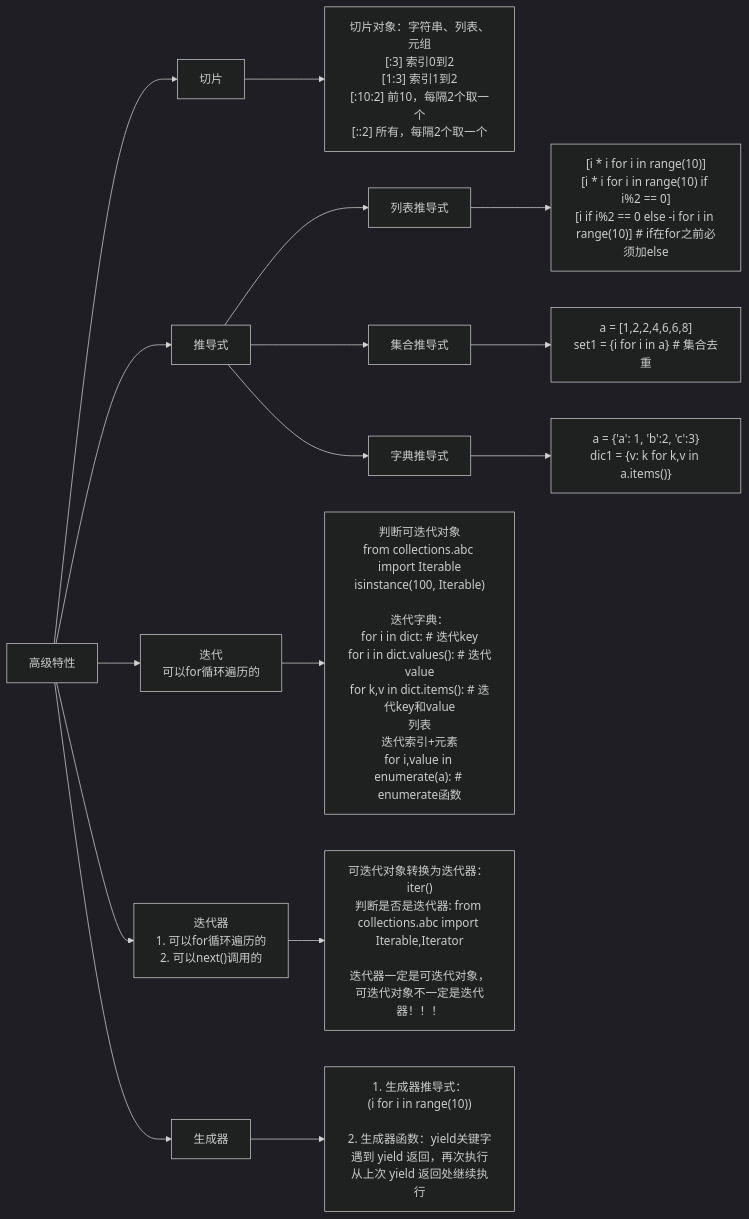
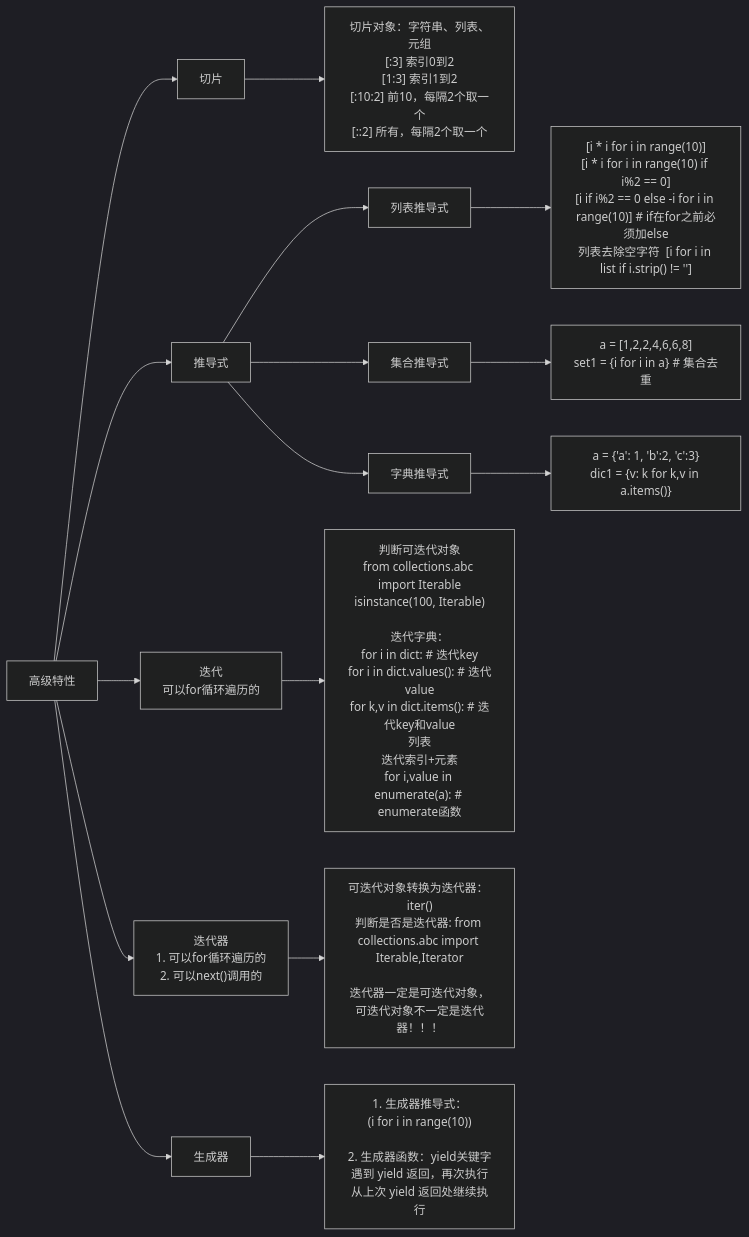
The third of 7 diagrams in linux/Ronnie/Python.md (tanxw123123/Tech), drawn with Mermaid (dark theme) before and after one commit. The commit also changed other lines of this file and 18 other files, not shown here.

````diff
--- a/linux/Ronnie/Python.md
+++ b/linux/Ronnie/Python.md
@@ -696,18 +696,18 @@
 ```mermaid
 graph LR;
 A["高级特性"]-->B["切片"]
 A-->C["推导式"]
 A-->D["迭代<br>可以for循环遍历的"]
 A-->E["迭代器<br>1. 可以for循环遍历的<br>2. 可以next()调用的"]
 A-->F["生成器"]
 B-->G["切片对象：字符串、列表、元组<br>[:3] 索引0到2<br>[1:3] 索引1到2<br>[:10:2] 前10，每隔2个取一个<br>[::2] 所有，每隔2个取一个"]
 C-->H["列表推导式"]
 C-->I["集合推导式"]
 C-->J["字典推导式"]
-H-->K["[i * i for i in range(10)]<br>[i * i for i in range(10) if i%2 == 0]<br>[i if i%2 == 0 else -i for i in range(10)] # if在for之前必须加else"]
+H-->K["[i * i for i in range(10)]<br>[i * i for i in range(10) if i%2 == 0]<br>[i if i%2 == 0 else -i for i in range(10)] # if在for之前必须加else<br>列表去除空字符  [i for i in list if i.strip() != '']"]
 I-->L["a = [1,2,2,4,6,6,8]<br>set1 = {i for i in a} # 集合去重"]
 J-->M["a = {'a': 1, 'b':2, 'c':3}<br>dic1 = {v: k for k,v in a.items()}"]
 D-->N["判断可迭代对象<br>from collections.abc import Iterable<br>isinstance(100, Iterable)<br><br>迭代字典：<br>for i in dict: # 迭代key<br>for i in dict.values(): # 迭代value<br>for k,v in dict.items(): # 迭代key和value<br>列表<br>迭代索引+元素<br>for i,value in enumerate(a): # enumerate函数"]
 E-->O["可迭代对象转换为迭代器： iter()<br>判断是否是迭代器: from collections.abc import Iterable,Iterator<br><br>迭代器一定是可迭代对象，可迭代对象不一定是迭代器！！！"]
 F-->P["1. 生成器推导式：<br>(i for i in range(10))<br><br>2. 生成器函数：yield关键字<br>遇到 yield 返回，再次执行从上次 yield 返回处继续执行"]
 ```
````
